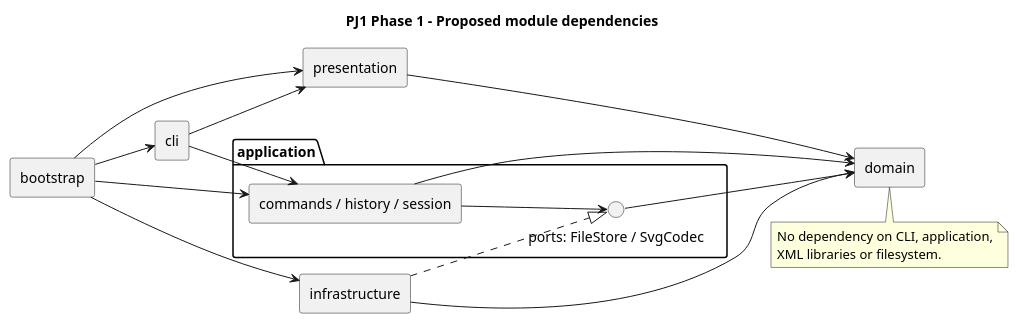
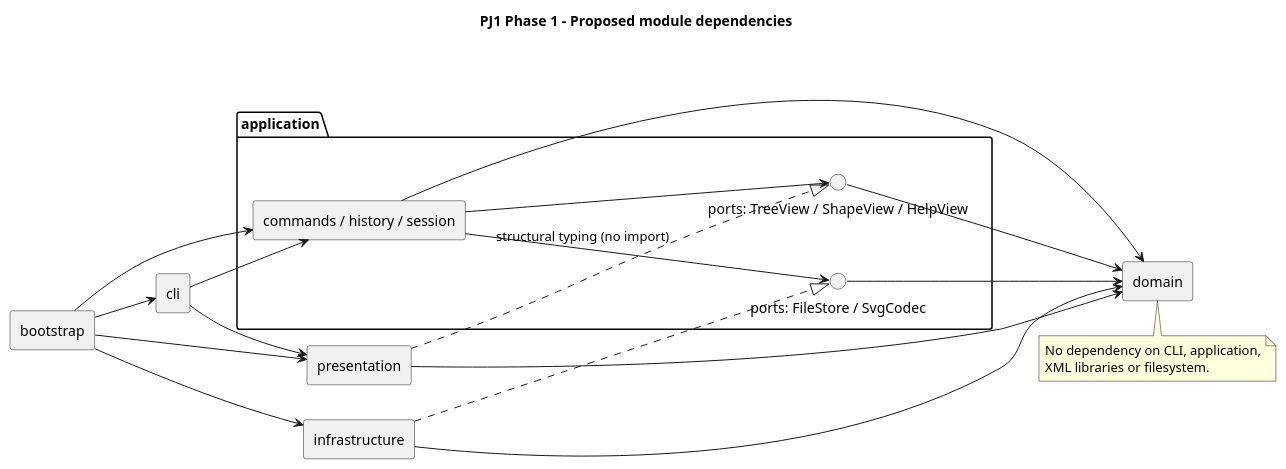
Before and after one commit to DiDeuterium/Software-Design-PJ-1: the diagram in doc/architecture.puml, drawn with PlantUML. The commit also changed 26 other files, not shown here.

```diff
--- a/doc/architecture.puml
+++ b/doc/architecture.puml
@@ -1,30 +1,34 @@
 @startuml
 title PJ1 Phase 1 - Proposed module dependencies
 left to right direction
 skinparam componentStyle rectangle
 component "bootstrap" as B
 component "cli" as C
 component "presentation" as P
 package "application" {
   component "commands / history / session" as A
   interface "ports: FileStore / SvgCodec" as Ports
+  interface "ports: TreeView / ShapeView / HelpView" as Views
 }
 component "domain" as D
 component "infrastructure" as I
 B --> C
 B --> P
 B --> A
 B --> I
 C --> A
 C --> P
 P --> D
 A --> D
 A --> Ports
 Ports --> D
+Views --> D
+A --> Views
+P ..|> Views : structural typing (no import)
 I ..|> Ports
 I --> D
 note bottom of D
 No dependency on CLI, application,
 XML libraries or filesystem.
 end note
 @enduml
```
